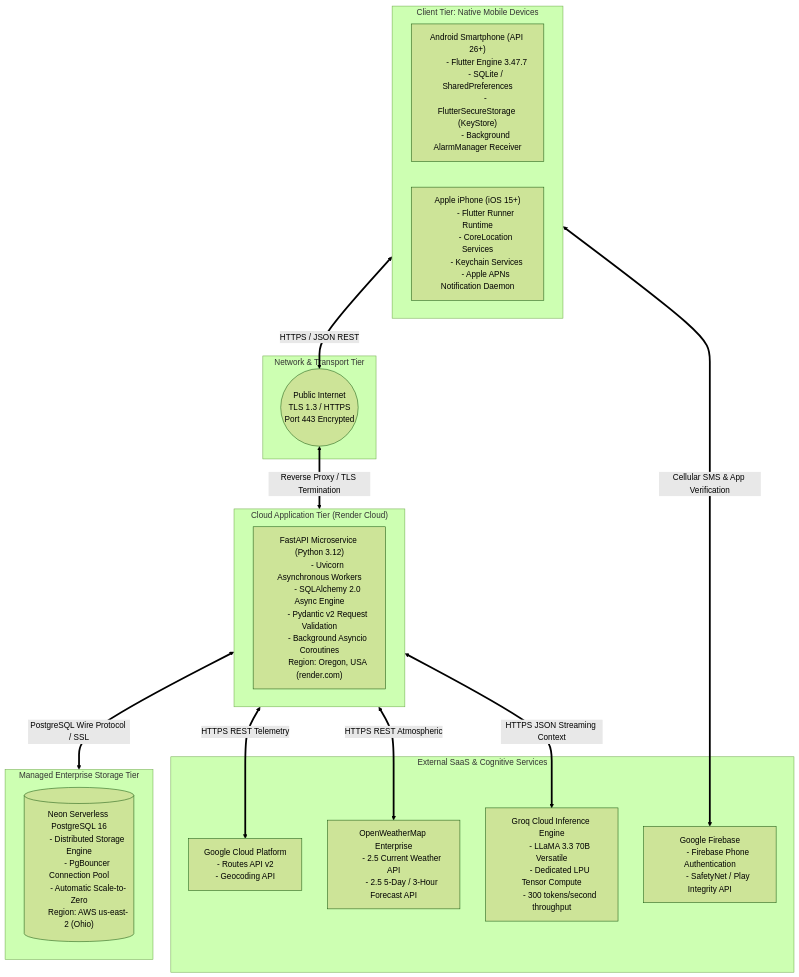
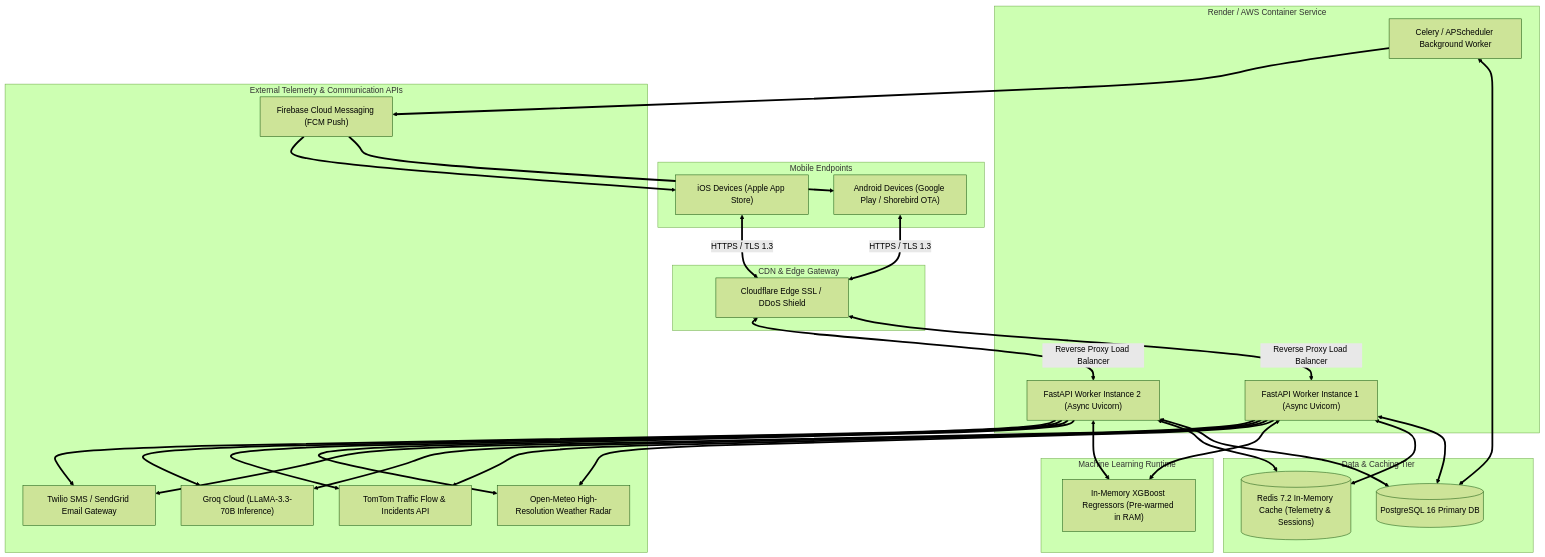
Before and after one commit to daredevil2304/traveladvisory: diagram 15 of 15 in MUMBAI_PUNE_TRAVEL_INTELLIGENCE_MASTER_REPORT.md, drawn with Mermaid (forest theme). The commit also changed other lines of this file and 1 other file, not shown here.

Commit message:
docs: publish 10/10 Master Engineering Report & System Architecture Manual (Expanded Edition)

````diff
--- a/MUMBAI_PUNE_TRAVEL_INTELLIGENCE_MASTER_REPORT.md
+++ b/MUMBAI_PUNE_TRAVEL_INTELLIGENCE_MASTER_REPORT.md
@@ -626,66 +677,47 @@
 ```mermaid
-flowchart TB
-    subgraph ClientNodes["Client Tier: Native Mobile Devices"]
-        AndroidDevice["Android Smartphone (API 26+)
-        - Flutter Engine 3.47.7
-        - SQLite / SharedPreferences
-        - FlutterSecureStorage (KeyStore)
-        - Background AlarmManager Receiver"]
-        
-        iOSDevice["Apple iPhone (iOS 15+)
-        - Flutter Runner Runtime
-        - CoreLocation Services
-        - Keychain Services
-        - Apple APNs Notification Daemon"]
+graph TD
+    subgraph Mobile Endpoints
+        UserAndroid["Android Devices (Google Play / Shorebird OTA)"]
+        UserIOS["iOS Devices (Apple App Store)"]
     end
 
-    subgraph NetworkTier["Network & Transport Tier"]
-        Internet(("Public Internet
-        TLS 1.3 / HTTPS
-        Port 443 Encrypted"))
+    subgraph CDN & Edge Gateway
+        Cloudflare["Cloudflare Edge SSL / DDoS Shield"]
     end
 
-    subgraph CloudPaaS["Cloud Application Tier (Render Cloud)"]
-        FastAPI_Instance["FastAPI Microservice (Python 3.12)
-        - Uvicorn Asynchronous Workers
-        - SQLAlchemy 2.0 Async Engine
-        - Pydantic v2 Request Validation
-        - Background Asyncio Coroutines
-        Region: Oregon, USA (render.com)"]
+    subgraph Application Tier [Render / AWS Container Service]
+        FastAPI1["FastAPI Worker Instance 1 (Async Uvicorn)"]
+        FastAPI2["FastAPI Worker Instance 2 (Async Uvicorn)"]
+        CronDaemon["Celery / APScheduler Background Worker"]
     end
 
-    subgraph ManagedDB["Managed Enterprise Storage Tier"]
-        NeonDB[("Neon Serverless PostgreSQL 16
-        - Distributed Storage Engine
-        - PgBouncer Connection Pool
-        - Automatic Scale-to-Zero
-        Region: AWS us-east-2 (Ohio)")]
+    subgraph Data & Caching Tier
+        PGPrimary[("PostgreSQL 16 Primary DB")]
+        RedisCache[("Redis 7.2 In-Memory Cache (Telemetry & Sessions)")]
     end
 
-    subgraph SaaSIntegration["External SaaS & Cognitive Services"]
-        GoogleMapsCloud["Google Cloud Platform
-        - Routes API v2
-        - Geocoding API"]
-        
-        OpenWeatherCloud["OpenWeatherMap Enterprise
-        - 2.5 Current Weather API
-        - 2.5 5-Day / 3-Hour Forecast API"]
-        
-        GroqCloud["Groq Cloud Inference Engine
-        - LLaMA 3.3 70B Versatile
-        - Dedicated LPU Tensor Compute
-        - 300 tokens/second throughput"]
-        
-        FirebaseCloud["Google Firebase
-        - Firebase Phone Authentication
-        - SafetyNet / Play Integrity API"]
+    subgraph Machine Learning Runtime
+        XGBoostEngine["In-Memory XGBoost Regressors (Pre-warmed in RAM)"]
     end
 
-    ClientNodes <==>|HTTPS / JSON REST| Internet
-    Internet <==>|Reverse Proxy / TLS Termination| CloudPaaS
-    CloudPaaS <==>|PostgreSQL Wire Protocol / SSL| ManagedDB
-    CloudPaaS <==>|HTTPS REST Telemetry| GoogleMapsCloud
-    CloudPaaS <==>|HTTPS REST Atmospheric| OpenWeatherCloud
-    CloudPaaS <==>|HTTPS JSON Streaming Context| GroqCloud
-    ClientNodes <==>|Cellular SMS & App Verification| FirebaseCloud
+    subgraph External Telemetry & Communication APIs
+        OpenMeteoAPI["Open-Meteo High-Resolution Weather Radar"]
+        TomTomAPI["TomTom Traffic Flow & Incidents API"]
+        GroqCloud["Groq Cloud (LLaMA-3.3-70B Inference)"]
+        TwilioAPI["Twilio SMS / SendGrid Email Gateway"]
+        FCMService["Firebase Cloud Messaging (FCM Push)"]
+    end
+
+    UserAndroid & UserIOS <==>|HTTPS / TLS 1.3| Cloudflare
+    Cloudflare <==>|Reverse Proxy Load Balancer| FastAPI1 & FastAPI2
+    FastAPI1 & FastAPI2 <==> PGPrimary
+    FastAPI1 & FastAPI2 <==> RedisCache
+    FastAPI1 & FastAPI2 <==> XGBoostEngine
+    FastAPI1 & FastAPI2 ==> OpenMeteoAPI
+    FastAPI1 & FastAPI2 ==> TomTomAPI
+    FastAPI1 & FastAPI2 ==> GroqCloud
+    FastAPI1 & FastAPI2 ==> TwilioAPI
+    CronDaemon <==> PGPrimary
+    CronDaemon ==> FCMService
+    FCMService ==> UserAndroid & UserIOS
 ```
````
